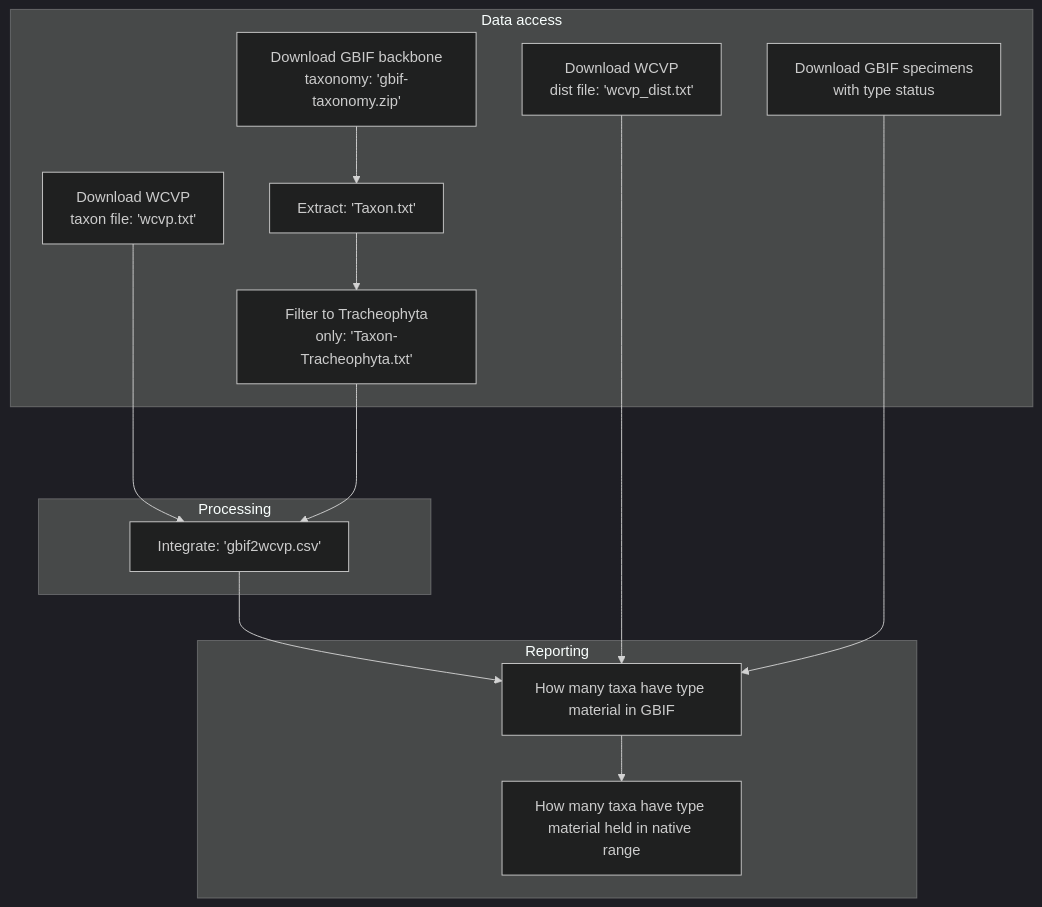
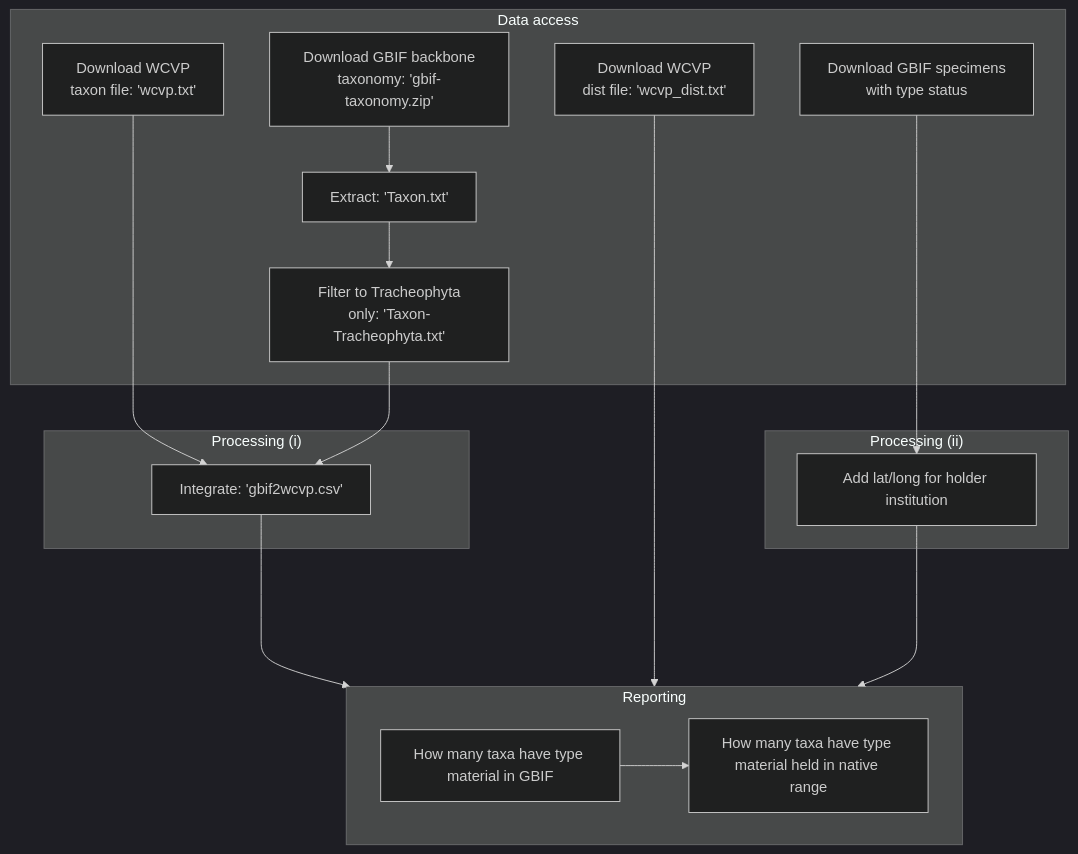
Before and after one commit to OA-WCVP/wcvp-gbif-processing: the diagram in README.md, drawn with Mermaid (dark theme).

Commit message:
Updated diagram

````diff
--- a/README.md
+++ b/README.md
@@ -29,25 +29,30 @@
 ```mermaid
 graph TB
 
     subgraph Data access
         wcvptax[Download WCVP<br>taxon file: 'wcvp.txt']
         gbiftax[Download GBIF backbone<br>taxonomy: 'gbif-taxonomy.zip']-->gbiftax_extract[Extract: 'Taxon.txt']
         gbiftax_extract-->gbiftax_filtered[Filter to Tracheophyta<br>only: 'Taxon-Tracheophyta.txt']
+        gbifspec[Download GBIF specimens<br> with type status]
         wcvpdist[Download WCVP<br>dist file: 'wcvp_dist.txt']
-        gbifspec[Download GBIF specimens<br> with type status]
     end
 
-    subgraph Processing
+    subgraph "Processing (i)"
         wcvptax----> gbif2wcvp
         gbiftax_filtered-->gbif2wcvp[Integrate: 'gbif2wcvp.csv']
     end
 
+    subgraph "Processing (ii)"
+        gbifspec---->locategbifholders[Add lat/long for holder institution]
+    end
+
     subgraph Reporting
+        direction LR
         taxa_with_types_in_gbif[How many taxa have type material in GBIF]
         gbif2wcvp-->taxa_with_types_in_gbif
-        wcvpdist------>taxa_with_types_in_gbif
-        gbifspec------>taxa_with_types_in_gbif
+        wcvpdist------->taxa_with_types_in_natrange
         taxa_with_types_in_natrange[How many taxa have type material held in native range]
         taxa_with_types_in_gbif-->taxa_with_types_in_natrange
+        locategbifholders---->taxa_with_types_in_natrange
     end
 ```
````
